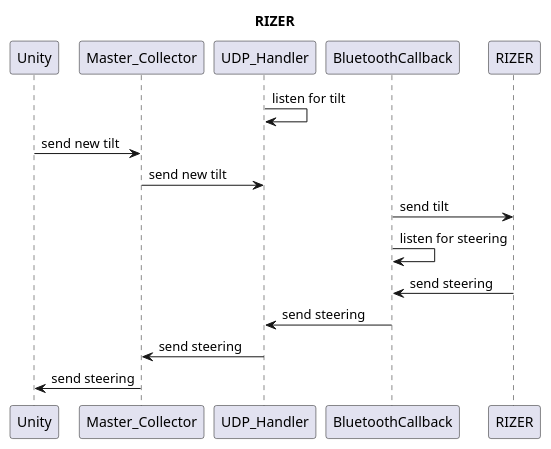
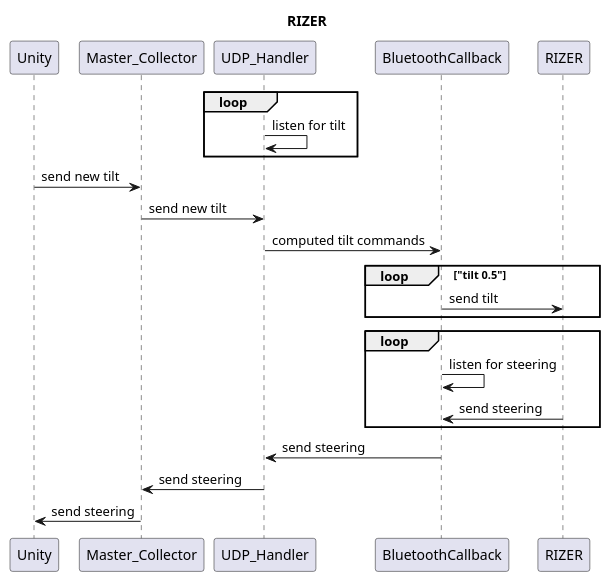
Before and after one commit to DaveBsns/SimulatorRaspberry: the diagram in docs/rizer_sequencediagram.wsd, drawn with PlantUML.

Commit message:
updated sequencediagram

```diff
--- a/docs/rizer_sequencediagram.wsd
+++ b/docs/rizer_sequencediagram.wsd
@@ -1,23 +1,34 @@
 @startuml 
 title "RIZER"
 
 participant Unity
 participant Master_Collector
 participant UDP_Handler
 participant BluetoothCallback
 participant RIZER
 
 
+loop
+    UDP_Handler -> UDP_Handler: listen for tilt
+end
 
-UDP_Handler -> UDP_Handler: listen for tilt
 Unity -> Master_Collector: send new tilt
 Master_Collector -> UDP_Handler: send new tilt
-BluetoothCallback -> RIZER: send tilt
 
-BluetoothCallback -> BluetoothCallback: listen for steering
-RIZER -> BluetoothCallback: send steering
+UDP_Handler -> BluetoothCallback: computed tilt commands
+
+loop "tilt 0.5"
+    BluetoothCallback -> RIZER: send tilt
+end
+
+loop 
+    BluetoothCallback -> BluetoothCallback: listen for steering
+    RIZER -> BluetoothCallback: send steering
+end
+
+
 BluetoothCallback -> UDP_Handler: send steering
 UDP_Handler -> Master_Collector: send steering
 Master_Collector -> Unity: send steering
 
 @enduml
```
